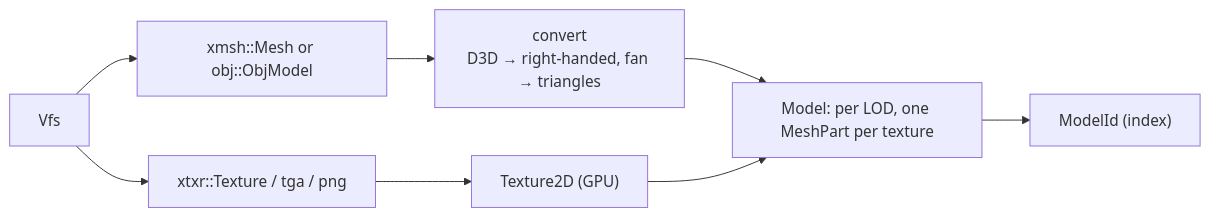
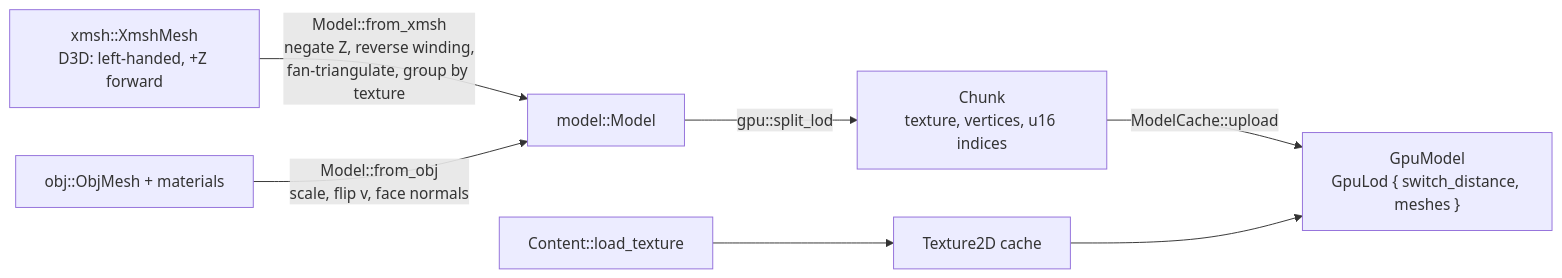
One commit to bbogovich/OpenInterceptor changed the diagram in docs/architecture/assets.md. Above: the diagram before and after it, drawn with Mermaid. The commit also changed other lines of this file and 48 other files, not shown here.

````diff
--- a/docs/architecture/assets.md
+++ b/docs/architecture/assets.md
@@ -8,10 +15,8 @@
 ```mermaid
 flowchart LR
-    V["Vfs"] --> M["xmsh::Mesh or obj::ObjModel"]
-    V --> T["xtxr::Texture / tga / png"]
-    M --> C["convert<br/>D3D → right-handed, fan → triangles"]
-    C --> G["Model: per LOD, one MeshPart per texture"]
-    T --> TX["Texture2D (GPU)"]
-    TX --> G
-    G --> H["ModelId (index)"]
+    X["xmsh::XmshMesh<br/>D3D: left-handed, +Z forward"] -->|"Model::from_xmsh<br/>negate Z, reverse winding,<br/>fan-triangulate, group by texture"| M["model::Model"]
+    O["obj::ObjMesh + materials"] -->|"Model::from_obj<br/>scale, flip v, face normals"| M
+    M -->|"gpu::split_lod"| CH["Chunk<br/>texture, vertices, u16 indices"]
+    CH -->|"ModelCache::upload"| G["GpuModel<br/>GpuLod { switch_distance, meshes }"]
+    T["Content::load_texture"] --> TX["Texture2D cache"] --> G
 ```
````
